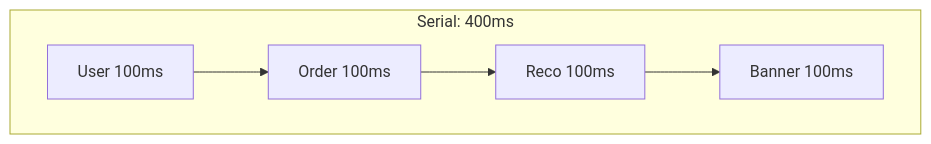
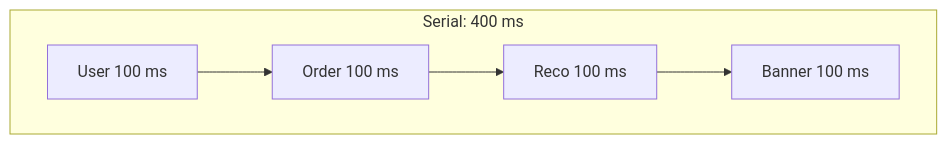
One commit to yoichiozaki/yoichiozaki.github.io changed the second of 5 diagrams in content/blog/en/go-concurrency-in-practice.mdx. Above: the diagram before and after it, drawn with Mermaid. The commit also changed other lines of this file and 220 other files, not shown here.

````diff
--- a/content/blog/en/go-concurrency-in-practice.mdx
+++ b/content/blog/en/go-concurrency-in-practice.mdx
@@ -213,7 +213,7 @@
 ```mermaid
 graph LR
-    subgraph S["Serial: 400ms"]
+    subgraph S["Serial: 400 ms"]
         direction LR
-        A1["User 100ms"] --> A2["Order 100ms"] --> A3["Reco 100ms"] --> A4["Banner 100ms"]
+        A1["User 100 ms"] --> A2["Order 100 ms"] --> A3["Reco 100 ms"] --> A4["Banner 100 ms"]
     end
 ```
````
